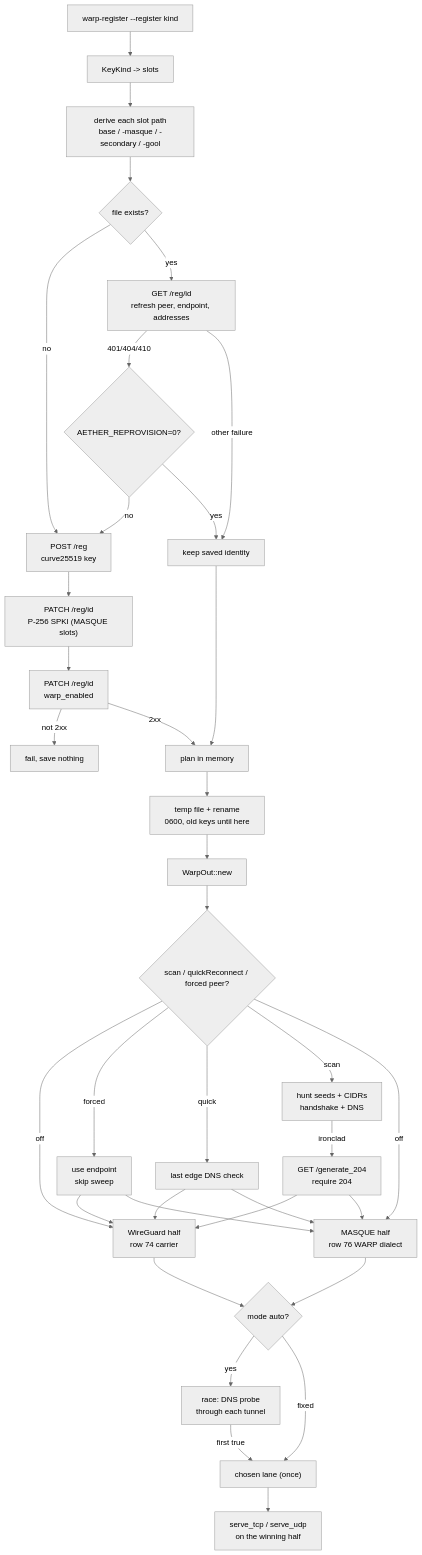
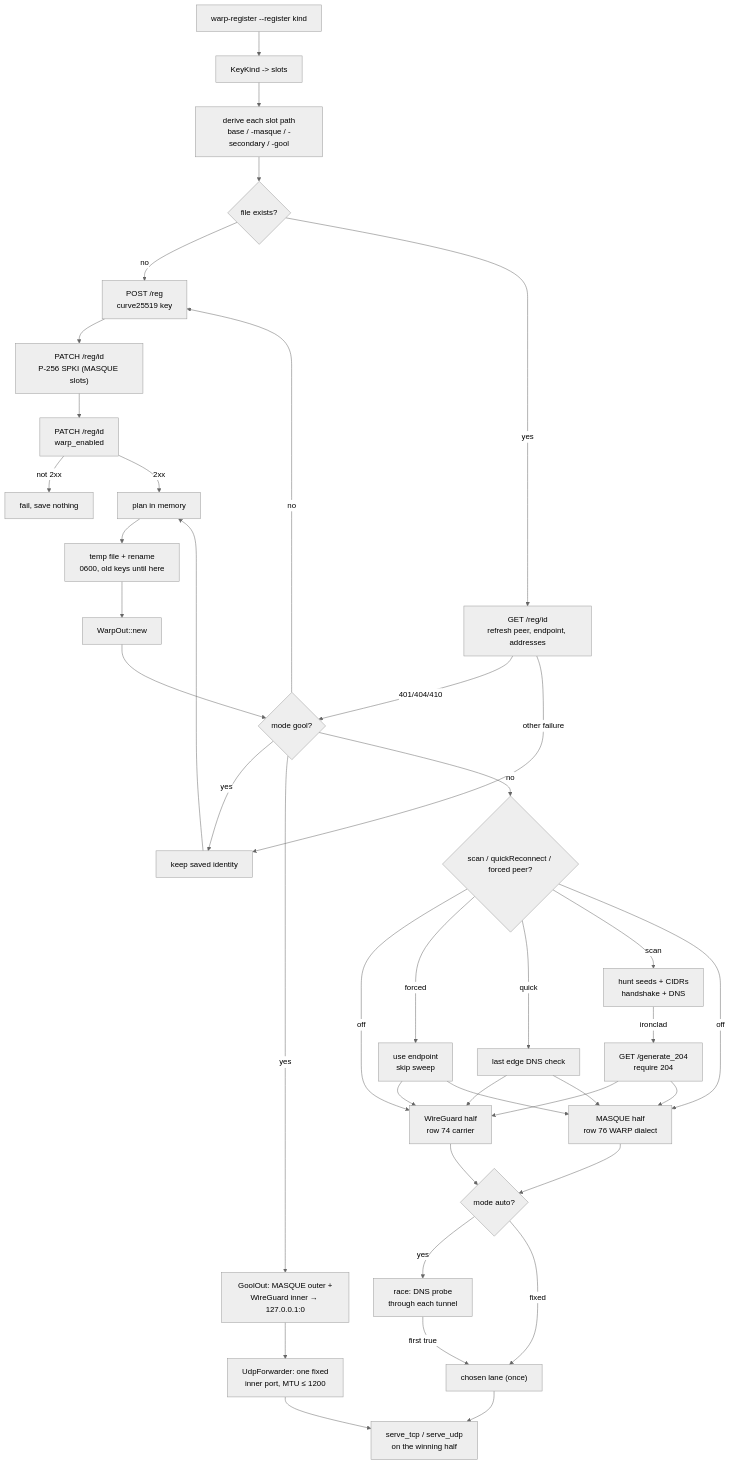
One commit to Ferrocite/ferrox changed the diagram in docs/function/warp.md. Above: the diagram before and after it, drawn with Mermaid (neutral theme). The commit also changed other lines of this file and 7 other files, not shown here.

Commit message:
warp: carry WireGuard inside MASQUE (gool)

````diff
--- a/docs/function/warp.md
+++ b/docs/function/warp.md
@@ -54,34 +56,38 @@
 ```mermaid
 graph TD
     A["warp-register --register kind"] --> B["KeyKind -> slots"]
     B --> C["derive each slot path<br/>base / -masque / -secondary / -gool"]
     C --> D{"file exists?"}
     D -- no --> E["POST /reg<br/>curve25519 key"]
     D -- yes --> F["GET /reg/id<br/>refresh peer, endpoint, addresses"]
     F -- "401/404/410" --> G{"AETHER_REPROVISION=0?"}
     G -- no --> E
     G -- yes --> H["keep saved identity"]
     F -- other failure --> H
     E --> I["PATCH /reg/id<br/>P-256 SPKI (MASQUE slots)"]
     I --> J["PATCH /reg/id<br/>warp_enabled"]
     J -- "not 2xx" --> X["fail, save nothing"]
     J -- 2xx --> K["plan in memory"]
     H --> K
     K --> L["temp file + rename<br/>0600, old keys until here"]
     L --> M["WarpOut::new"]
-    M --> D0{"scan / quickReconnect / forced peer?"}
+    M --> G{"mode gool?"}
+    G -- yes --> G1["GoolOut: MASQUE outer +<br/>WireGuard inner → 127.0.0.1:0"]
+    G1 --> G2["UdpForwarder: one fixed<br/>inner port, MTU ≤ 1200"]
+    G2 --> S
+    G -- no --> D0{"scan / quickReconnect / forced peer?"}
     D0 -- "off" --> N["WireGuard half<br/>row 74 carrier"]
     D0 -- "forced" --> D1["use endpoint<br/>skip sweep"]
     D0 -- "quick" --> D2["last edge DNS check"]
     D0 -- "scan" --> D3["hunt seeds + CIDRs<br/>handshake + DNS"]
     D3 -- "ironclad" --> D4["GET /generate_204<br/>require 204"]
     D1 & D2 & D4 --> N
     D0 -- "off" --> O["MASQUE half<br/>row 76 WARP dialect"]
     D1 & D2 & D4 --> O
     N --> P{"mode auto?"}
     O --> P
     P -- yes --> Q["race: DNS probe<br/>through each tunnel"]
     Q -- "first true" --> R["chosen lane (once)"]
     P -- "fixed" --> R
     R --> S["serve_tcp / serve_udp<br/>on the winning half"]
 ```
````
